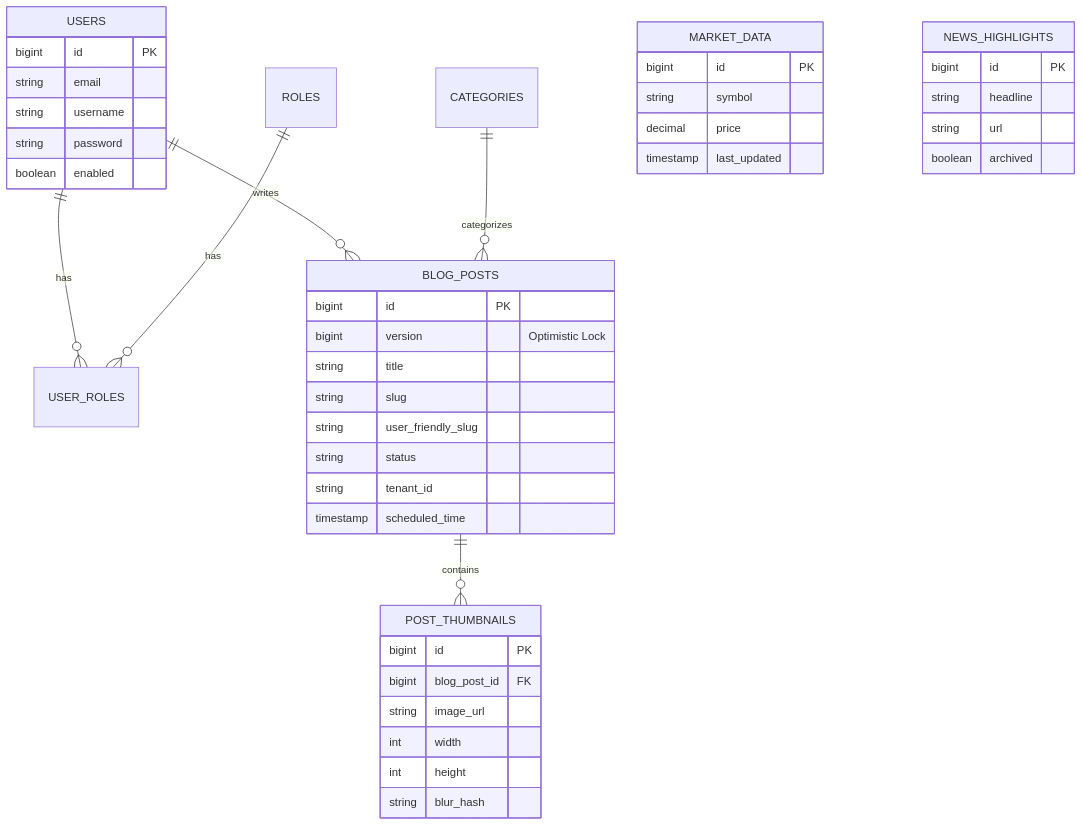
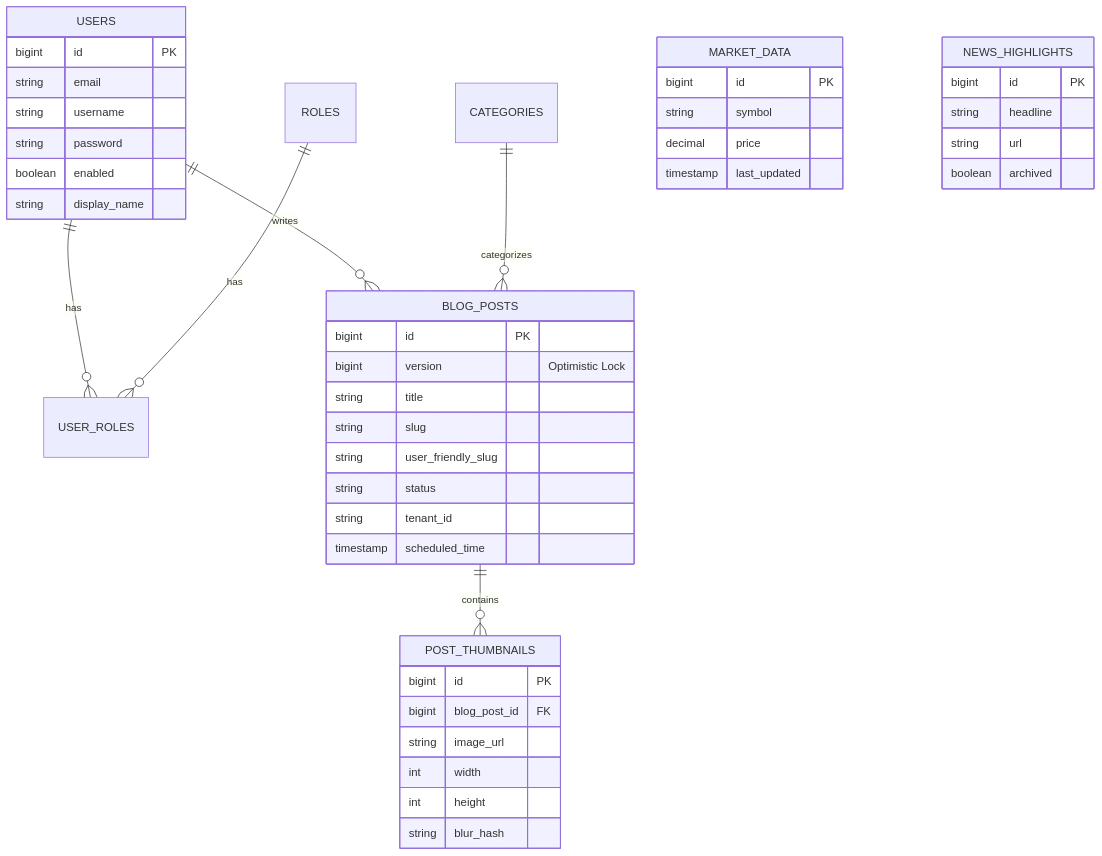
One commit to callitask/finance-api changed the diagram in docs/05-DATABASE-SCHEMA.md. Above: the diagram before and after it, drawn with Mermaid. The commit also changed other lines of this file and 3 other files, not shown here.

````diff
--- a/docs/05-DATABASE-SCHEMA.md
+++ b/docs/05-DATABASE-SCHEMA.md
@@ -15,50 +23,51 @@
 ```mermaid
 erDiagram
     USERS ||--o{ USER_ROLES : has
     ROLES ||--o{ USER_ROLES : has
     USERS ||--o{ BLOG_POSTS : writes
     CATEGORIES ||--o{ BLOG_POSTS : categorizes
     BLOG_POSTS ||--o{ POST_THUMBNAILS : contains
     
     BLOG_POSTS {
         bigint id PK
         bigint version "Optimistic Lock"
         string title
         string slug
         string user_friendly_slug
         string status
         string tenant_id
         timestamp scheduled_time
     }
 
     POST_THUMBNAILS {
         bigint id PK
         bigint blog_post_id FK
         string image_url
         int width
         int height
         string blur_hash
     }
 
     USERS {
         bigint id PK
         string email
         string username
         string password
         boolean enabled
+        string display_name
     }
 
     MARKET_DATA {
         bigint id PK
         string symbol
         decimal price
         timestamp last_updated
     }
 
     NEWS_HIGHLIGHTS {
         bigint id PK
         string headline
         string url
         boolean archived
     }
 ```
````
